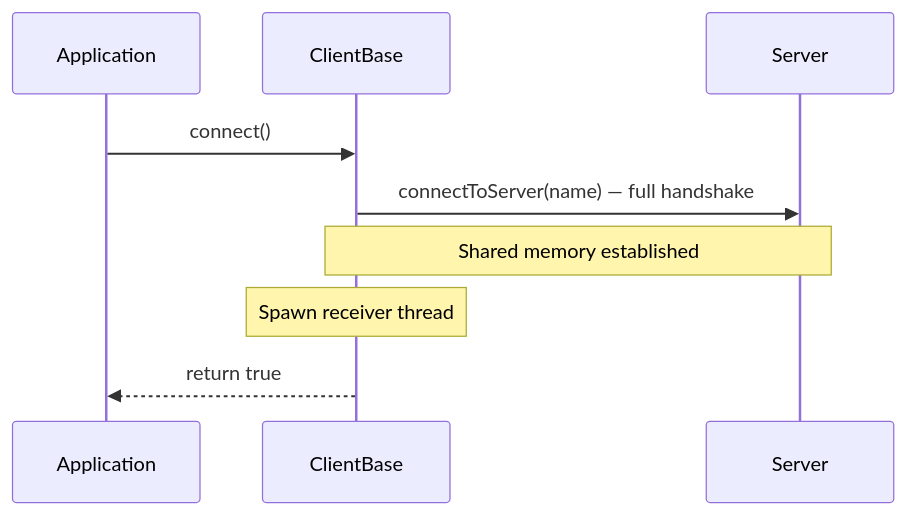
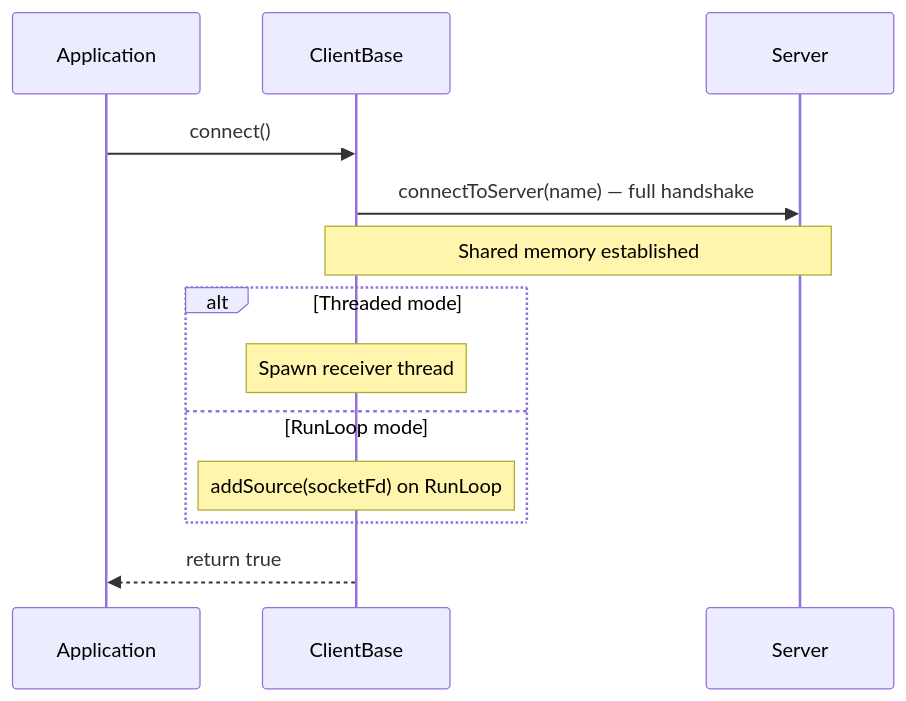
Before and after one commit to Mrunmoy/aether: the second of 7 diagrams in doc/ClientBase.md, drawn with Mermaid. The commit also changed other lines of this file and 12 other files, not shown here.

````diff
--- a/doc/ClientBase.md
+++ b/doc/ClientBase.md
@@ -46,12 +55,16 @@
 ```mermaid
 sequenceDiagram
     participant App as Application
     participant CB as ClientBase
     participant S as Server
 
     App->>CB: connect()
     CB->>S: connectToServer(name) — full handshake
     Note over CB,S: Shared memory established
-    Note over CB: Spawn receiver thread
+    alt Threaded mode
+        Note over CB: Spawn receiver thread
+    else RunLoop mode
+        Note over CB: addSource(socketFd) on RunLoop
+    end
     CB-->>App: return true
 ```
````
